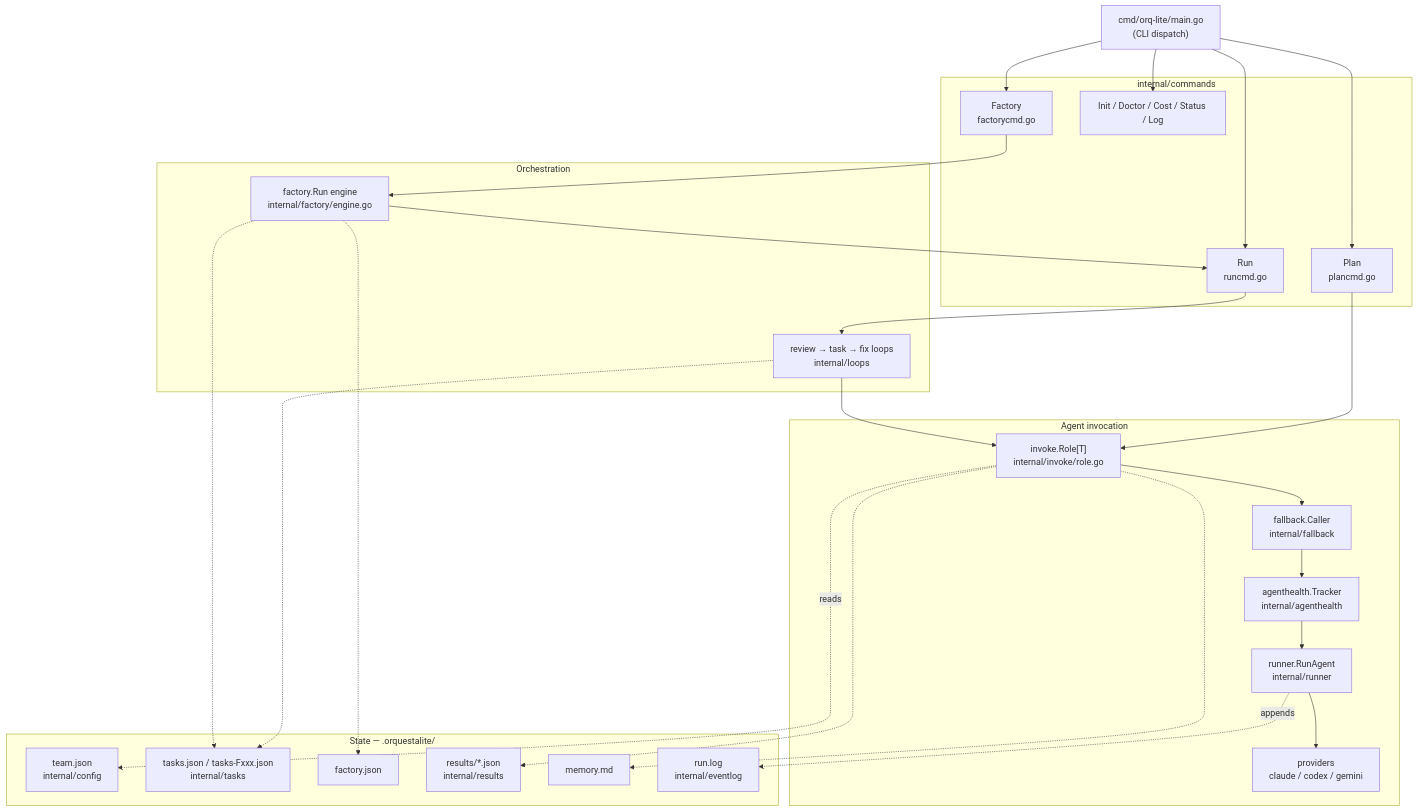
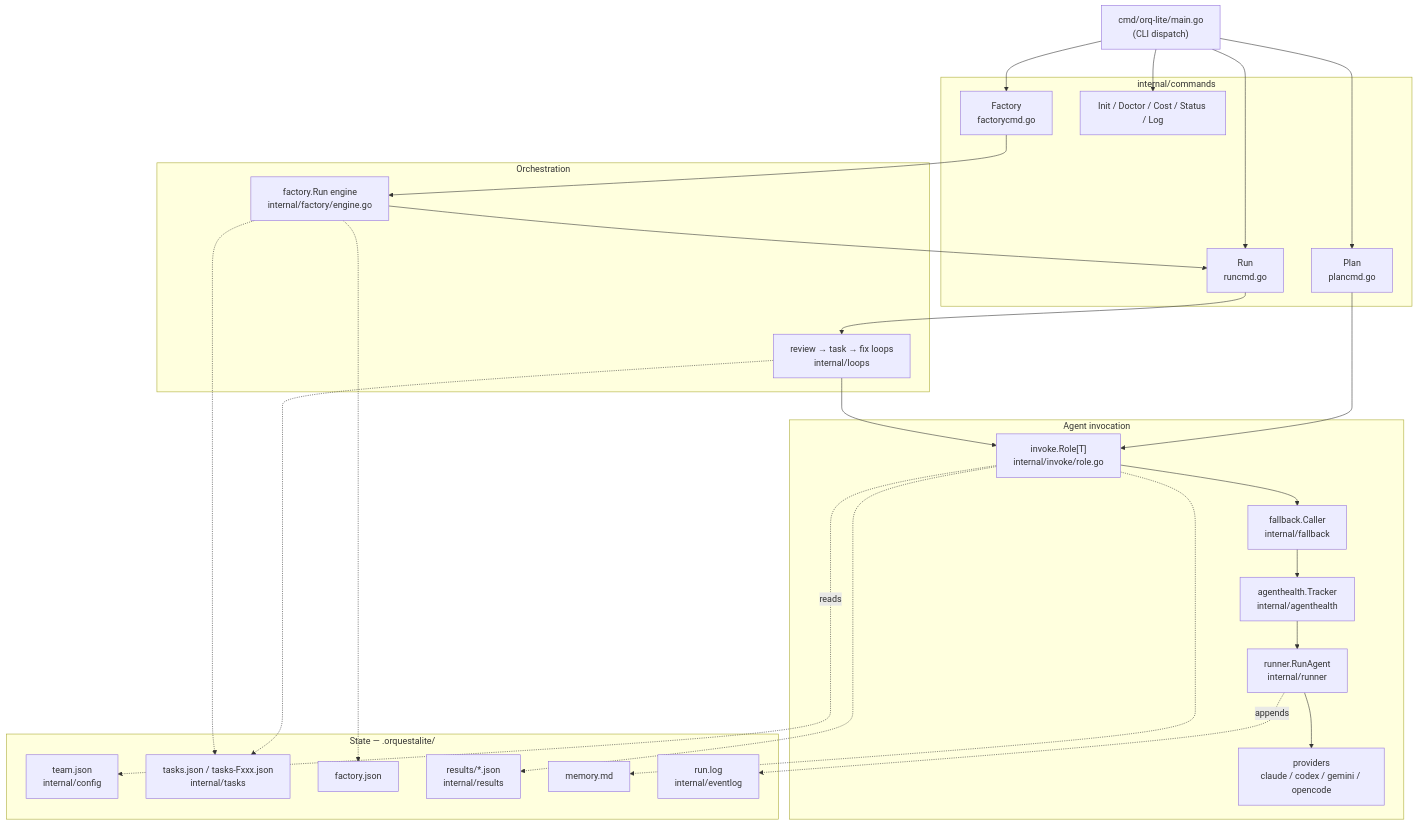
One commit to collectiveai-team/orquesta-lite changed the first of 4 diagrams in docs/ARCHITECTURE.md. Above: the diagram before and after it, drawn with Mermaid. The commit also changed other lines of this file and 5 other files, not shown here.

First line of the commit message:
feat(providers): add opencode provider

````diff
--- a/docs/ARCHITECTURE.md
+++ b/docs/ARCHITECTURE.md
@@ -19,48 +19,48 @@
 ```mermaid
 flowchart TD
     CLI["cmd/orq-lite/main.go<br/>(CLI dispatch)"]
 
     subgraph commands["internal/commands"]
         FAC["Factory<br/>factorycmd.go"]
         RUN["Run<br/>runcmd.go"]
         PLAN["Plan<br/>plancmd.go"]
         INIT["Init / Doctor / Cost / Status / Log"]
     end
 
     subgraph orchestration["Orchestration"]
         ENG["factory.Run engine<br/>internal/factory/engine.go"]
         LOOPS["review → task → fix loops<br/>internal/loops"]
     end
 
     subgraph invocation["Agent invocation"]
         ROLE["invoke.Role[T]<br/>internal/invoke/role.go"]
         FB["fallback.Caller<br/>internal/fallback"]
         HEALTH["agenthealth.Tracker<br/>internal/agenthealth"]
         RUNNER["runner.RunAgent<br/>internal/runner"]
-        PROV["providers<br/>claude / codex / gemini"]
+        PROV["providers<br/>claude / codex / gemini / opencode"]
     end
 
     subgraph state["State — .orquestalite/"]
         CFG["team.json<br/>internal/config"]
         TASKS["tasks.json / tasks-Fxxx.json<br/>internal/tasks"]
         FJSON["factory.json"]
         RES["results/*.json<br/>internal/results"]
         MEM["memory.md"]
         LOG["run.log<br/>internal/eventlog"]
     end
 
     CLI --> FAC & RUN & PLAN & INIT
     FAC --> ENG
     ENG --> RUN
     RUN --> LOOPS
     PLAN --> ROLE
     LOOPS --> ROLE
     ROLE --> FB --> HEALTH --> RUNNER --> PROV
     ROLE -. reads .-> CFG
     ROLE -.-> RES
     ROLE -.-> MEM
     RUNNER -. appends .-> LOG
     LOOPS -.-> TASKS
     ENG -.-> FJSON
     ENG -.-> TASKS
 ```
````
